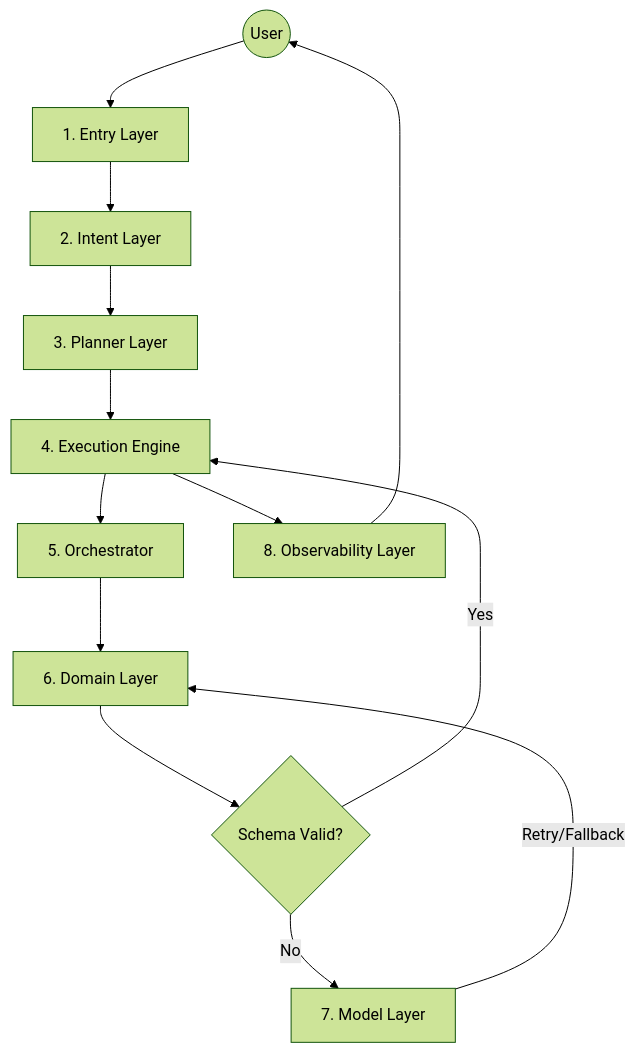
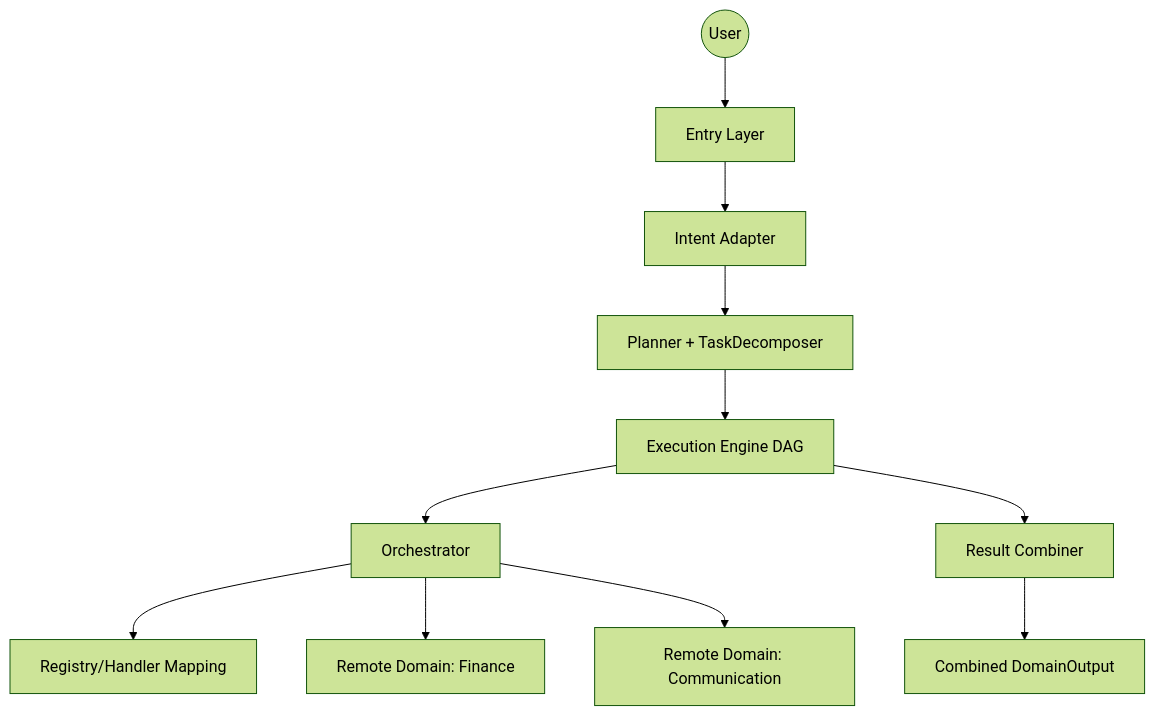
Before and after one commit to douglashiga/AgentOrchestratorLayer: the diagram in README.md, drawn with Mermaid (forest theme). The commit also changed other lines of this file and 31 other files, not shown here.

````diff
--- a/README.md
+++ b/README.md
@@ -9,15 +16,13 @@
 ```mermaid
 graph TD
-    User((User)) --> Entry[1. Entry Layer]
-    Entry --> Intent[2. Intent Layer]
-    Intent --> Planner[3. Planner Layer]
-    Planner --> Exec[4. Execution Engine]
-    Exec --> Orch[5. Orchestrator]
-    Orch --> Domain[6. Domain Layer]
-    Domain --> Validator{Schema Valid?}
-    Validator -->|Yes| Exec
-    Validator -->|No| Model[7. Model Layer]
-    Model -->|Retry/Fallback| Domain
-    Exec --> Obs[8. Observability Layer]
-    Obs --> User
+    User((User)) --> Entry[Entry Layer]
+    Entry --> Intent[Intent Adapter]
+    Intent --> Planner[Planner + TaskDecomposer]
+    Planner --> Exec[Execution Engine DAG]
+    Exec --> Orch[Orchestrator]
+    Orch --> Reg[Registry/Handler Mapping]
+    Orch --> DomA[Remote Domain: Finance]
+    Orch --> DomB[Remote Domain: Communication]
+    Exec --> Combiner[Result Combiner]
+    Combiner --> Output[Combined DomainOutput]
 ```
````
